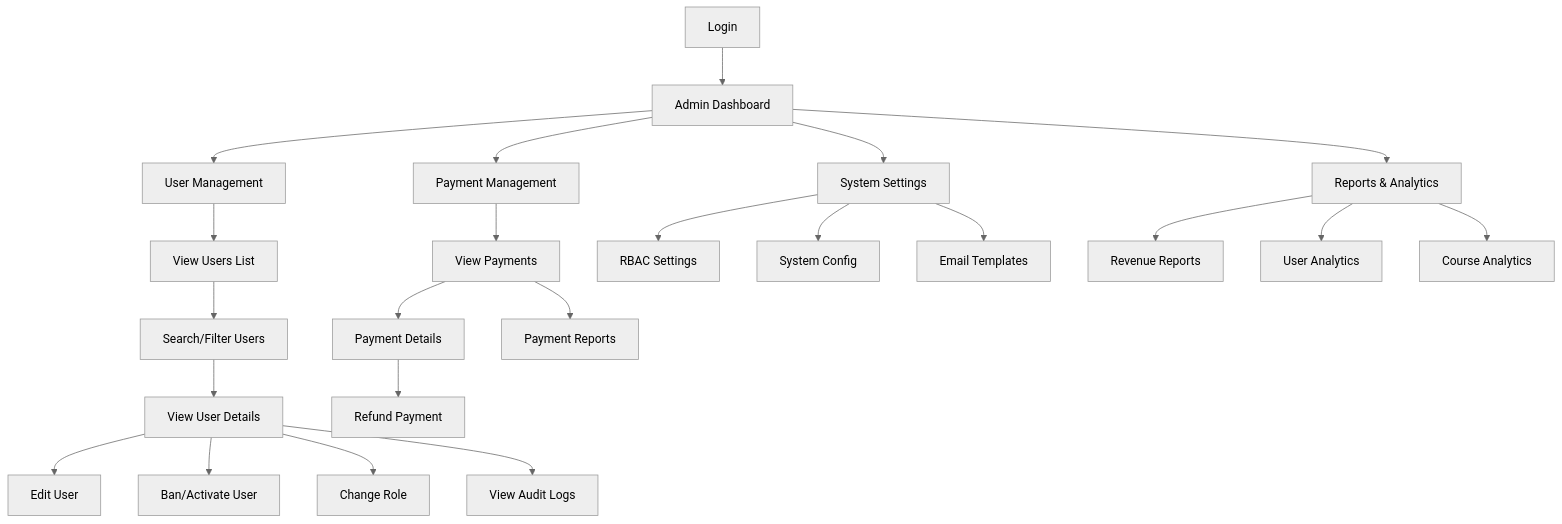
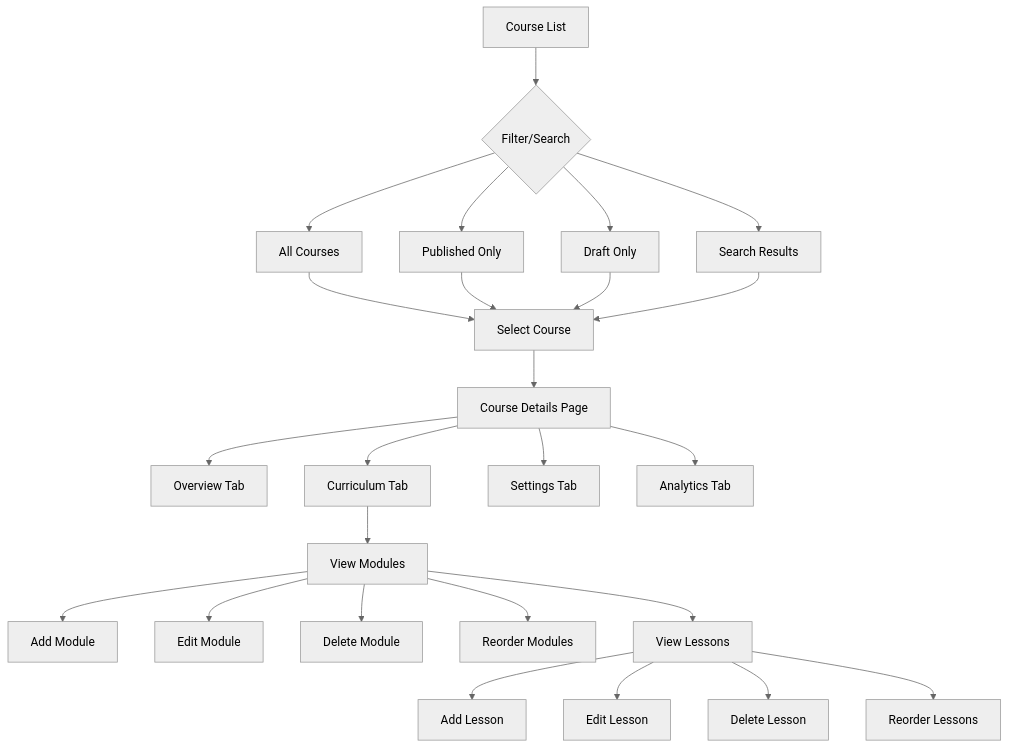
One commit to Lain4504/torii-monorepo changed the fourth of 19 diagrams in docs/screen-flow-by-roles.md. Above: the diagram before and after it, drawn with Mermaid (neutral theme). The commit also changed other lines of this file and 1 other file, not shown here.

Commit message:
vẽ screen-flow

````diff
--- a/docs/screen-flow-by-roles.md
+++ b/docs/screen-flow-by-roles.md
@@ -5,29 +134,31 @@
 ```mermaid
 flowchart TD
-    A[Login] --> B[Admin Dashboard]
-    B --> C[User Management]
-    B --> D[Payment Management]
-    B --> E[System Settings]
-    B --> F[Reports & Analytics]
+    CourseList[Course List] --> Filter{Filter/Search}
+    Filter --> AllCourses[All Courses]
+    Filter --> Published[Published Only]
+    Filter --> Draft[Draft Only]
+    Filter --> SearchResults[Search Results]
     
-    C --> C1[View Users List]
-    C1 --> C2[Search/Filter Users]
-    C2 --> C3[View User Details]
-    C3 --> C4[Edit User]
-    C3 --> C5[Ban/Activate User]
-    C3 --> C6[Change Role]
-    C3 --> C7[View Audit Logs]
+    AllCourses --> SelectCourse[Select Course]
+    Published --> SelectCourse
+    Draft --> SelectCourse
+    SearchResults --> SelectCourse
     
-    D --> D1[View Payments]
-    D1 --> D2[Payment Details]
-    D2 --> D3[Refund Payment]
-    D1 --> D4[Payment Reports]
+    SelectCourse --> CourseDetails[Course Details Page]
+    CourseDetails --> Overview[Overview Tab]
+    CourseDetails --> Curriculum[Curriculum Tab]
+    CourseDetails --> Settings[Settings Tab]
+    CourseDetails --> Analytics[Analytics Tab]
     
-    E --> E1[RBAC Settings]
-    E --> E2[System Config]
-    E --> E3[Email Templates]
+    Curriculum --> ViewModules[View Modules]
+    ViewModules --> AddModule[Add Module]
+    ViewModules --> EditModule[Edit Module]
+    ViewModules --> DeleteModule[Delete Module]
+    ViewModules --> ReorderModules[Reorder Modules]
     
-    F --> F1[Revenue Reports]
-    F --> F2[User Analytics]
-    F --> F3[Course Analytics]
+    ViewModules --> ViewLessons[View Lessons]
+    ViewLessons --> AddLesson[Add Lesson]
+    ViewLessons --> EditLesson[Edit Lesson]
+    ViewLessons --> DeleteLesson[Delete Lesson]
+    ViewLessons --> ReorderLessons[Reorder Lessons]
 ```
````
